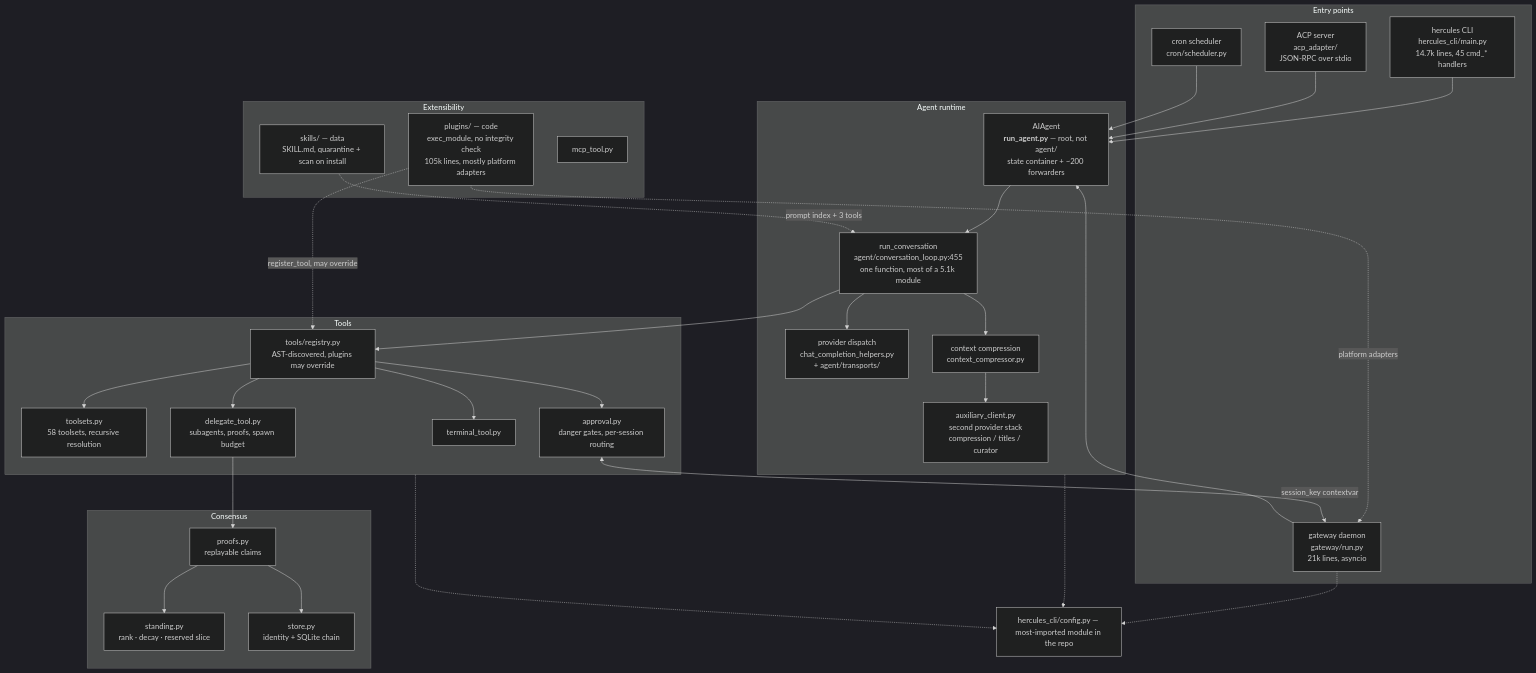
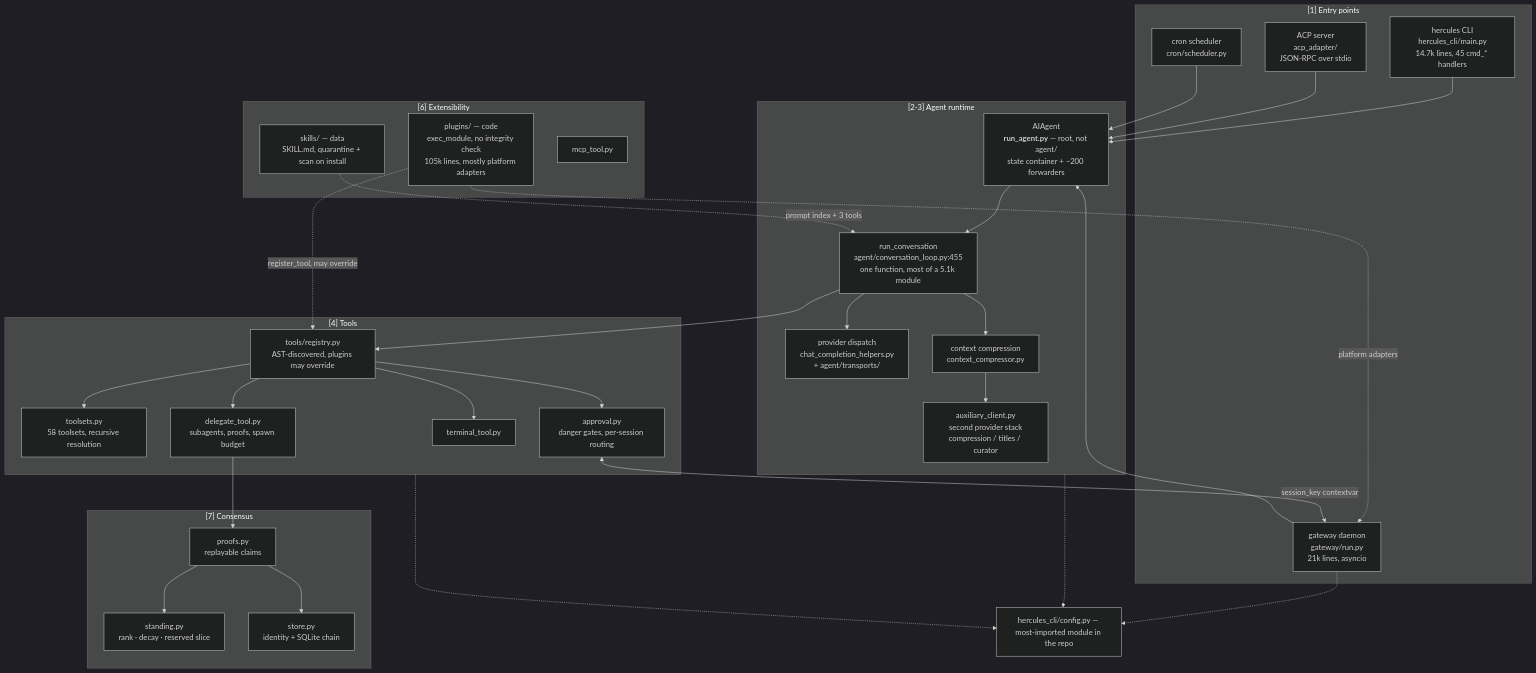
Before and after one commit to mintoriakamoto/Hercules: the diagram in CLAUDE.md, drawn with Mermaid (dark theme). The commit also changed other lines of this file, not shown here.

````diff
--- a/CLAUDE.md
+++ b/CLAUDE.md
@@ -13,63 +33,63 @@
 ```mermaid
 graph TB
-    subgraph entry["Entry points"]
+    subgraph entry["[1] Entry points"]
         CLI["hercules CLI<br/>hercules_cli/main.py<br/>14.7k lines, 45 cmd_* handlers"]
         GW["gateway daemon<br/>gateway/run.py<br/>21k lines, asyncio"]
         ACP["ACP server<br/>acp_adapter/<br/>JSON-RPC over stdio"]
         CRON["cron scheduler<br/>cron/scheduler.py"]
     end
 
-    subgraph core["Agent runtime"]
+    subgraph core["[2-3] Agent runtime"]
         AGENT["AIAgent<br/><b>run_agent.py</b> — root, not agent/<br/>state container + ~200 forwarders"]
         LOOP["run_conversation<br/>agent/conversation_loop.py:455<br/>one function, most of a 5.1k module"]
         PROV["provider dispatch<br/>chat_completion_helpers.py<br/>+ agent/transports/"]
         AUX["auxiliary_client.py<br/>second provider stack<br/>compression / titles / curator"]
         CTX["context compression<br/>context_compressor.py"]
     end
 
-    subgraph tools["Tools"]
+    subgraph tools["[4] Tools"]
         REG["tools/registry.py<br/>AST-discovered, plugins may override"]
         TS["toolsets.py<br/>58 toolsets, recursive resolution"]
         DEL["delegate_tool.py<br/>subagents, proofs, spawn budget"]
         APPR["approval.py<br/>danger gates, per-session routing"]
         TERM["terminal_tool.py"]
     end
 
-    subgraph ext["Extensibility"]
+    subgraph ext["[6] Extensibility"]
         PLUG["plugins/ — code<br/>exec_module, no integrity check<br/>105k lines, mostly platform adapters"]
         SKILL["skills/ — data<br/>SKILL.md, quarantine + scan on install"]
         MCP["mcp_tool.py"]
     end
 
-    subgraph cons["Consensus"]
+    subgraph cons["[7] Consensus"]
         PROOF["proofs.py<br/>replayable claims"]
         STAND["standing.py<br/>rank · decay · reserved slice"]
         STORE["store.py<br/>identity + SQLite chain"]
     end
 
     CLI --> AGENT
     GW --> AGENT
     ACP --> AGENT
     CRON --> AGENT
     AGENT --> LOOP
     LOOP --> PROV
     LOOP --> CTX
     LOOP --> REG
     CTX --> AUX
     REG --> TS
     REG --> DEL
     REG --> APPR
     REG --> TERM
     PLUG -.->|register_tool, may override| REG
     PLUG -.->|platform adapters| GW
     SKILL -.->|prompt index + 3 tools| LOOP
     DEL --> PROOF
     PROOF --> STAND
     PROOF --> STORE
     APPR <-->|session_key contextvar| GW
 
     CFG["hercules_cli/config.py — most-imported module in the repo"]
     core -.-> CFG
     tools -.-> CFG
     GW -.-> CFG
 ```
````
